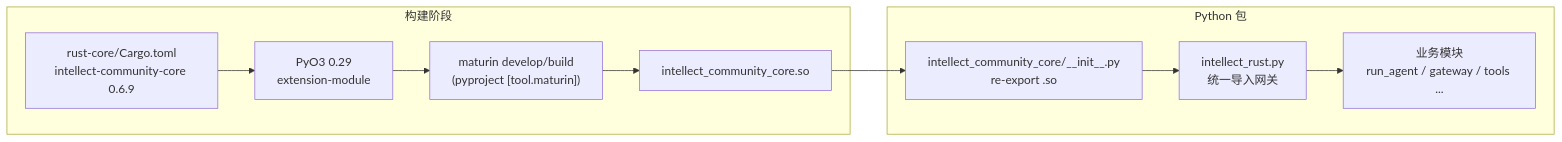
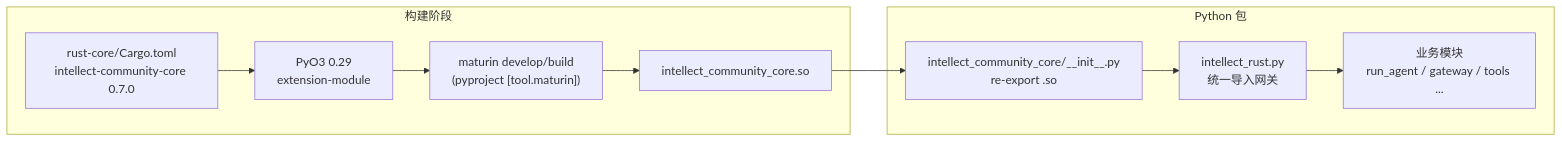
One commit to ontoweb-cn/intellect-agent changed the first of 3 diagrams in docs/architecture/rust-python-interaction.md. Above: the diagram before and after it, drawn with Mermaid. The commit also changed other lines of this file and 8 other files, not shown here.

````diff
--- a/docs/architecture/rust-python-interaction.md
+++ b/docs/architecture/rust-python-interaction.md
@@ -65,18 +65,18 @@
 ```mermaid
 flowchart LR
     subgraph Build["构建阶段"]
-        Cargo["rust-core/Cargo.toml\nintellect-community-core 0.6.9"]
+        Cargo["rust-core/Cargo.toml\nintellect-community-core 0.7.0"]
         PyO3["PyO3 0.29\nextension-module"]
         Maturin["maturin develop/build\n(pyproject [tool.maturin])"]
         SO["intellect_community_core.so"]
     end
 
     subgraph PythonPkg["Python 包"]
         Init["intellect_community_core/__init__.py\nre-export .so"]
         Gate["intellect_rust.py\n统一导入网关"]
         App["业务模块\nrun_agent / gateway / tools ..."]
     end
 
     Cargo --> PyO3 --> Maturin --> SO
     SO --> Init --> Gate --> App
 ```
````
